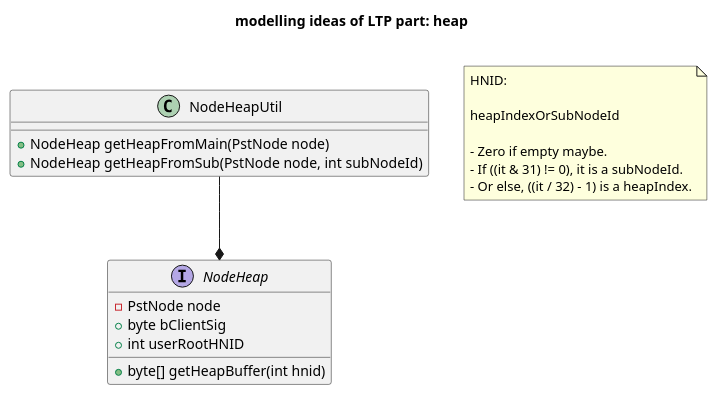
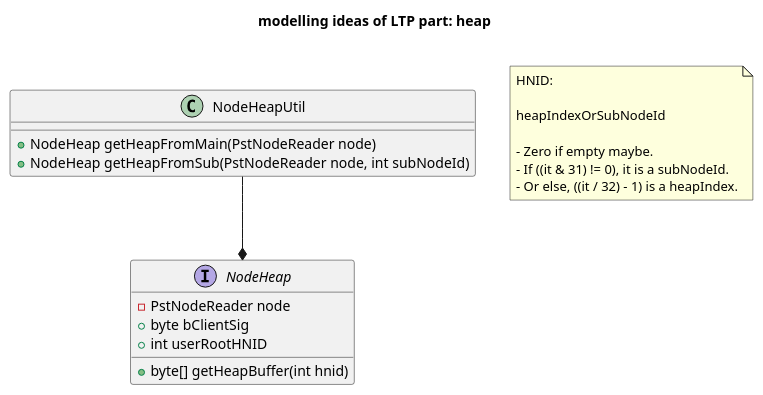
The third of 5 diagrams in plantuml/base.plantuml (Kris-LIBIS/ruby-msg), drawn with PlantUML before and after one commit. The commit also changed other lines of this file and 2 other files, not shown here.

```diff
--- a/plantuml/base.plantuml
+++ b/plantuml/base.plantuml
@@ -50,27 +57,27 @@
 @startuml ltp_heap
 title modelling ideas of LTP part: heap\n
 class NodeHeapUtil {
-    + NodeHeap getHeapFromMain(PstNode node)
-    + NodeHeap getHeapFromSub(PstNode node, int subNodeId)
+    + NodeHeap getHeapFromMain(PstNodeReader node)
+    + NodeHeap getHeapFromSub(PstNodeReader node, int subNodeId)
 }
 
 interface NodeHeap {
-    - PstNode node
+    - PstNodeReader node
     + byte bClientSig
     + int userRootHNID
 
     + byte[] getHeapBuffer(int hnid)
 }
 
 note as N1
     HNID:
 
     heapIndexOrSubNodeId
 
     - Zero if empty maybe.
     - If ((it & 31) != 0), it is a subNodeId.
     - Or else, ((it / 32) - 1) is a heapIndex.
 end note
 
 NodeHeapUtil --* NodeHeap
 @enduml
```
